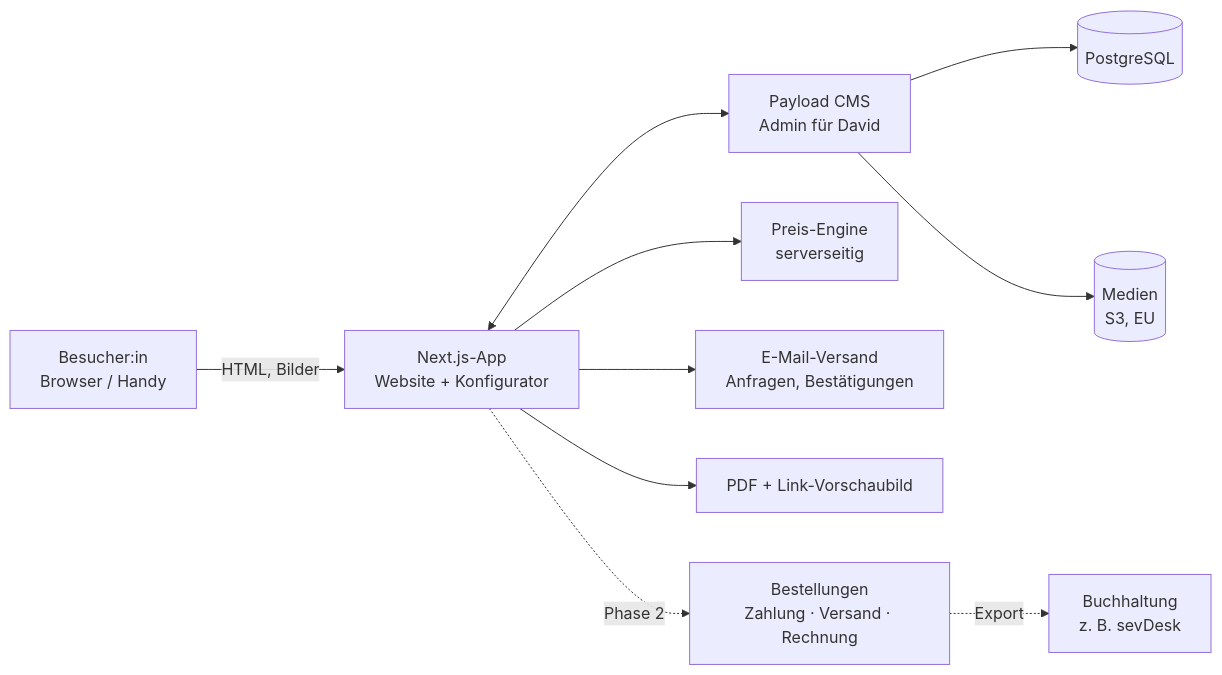
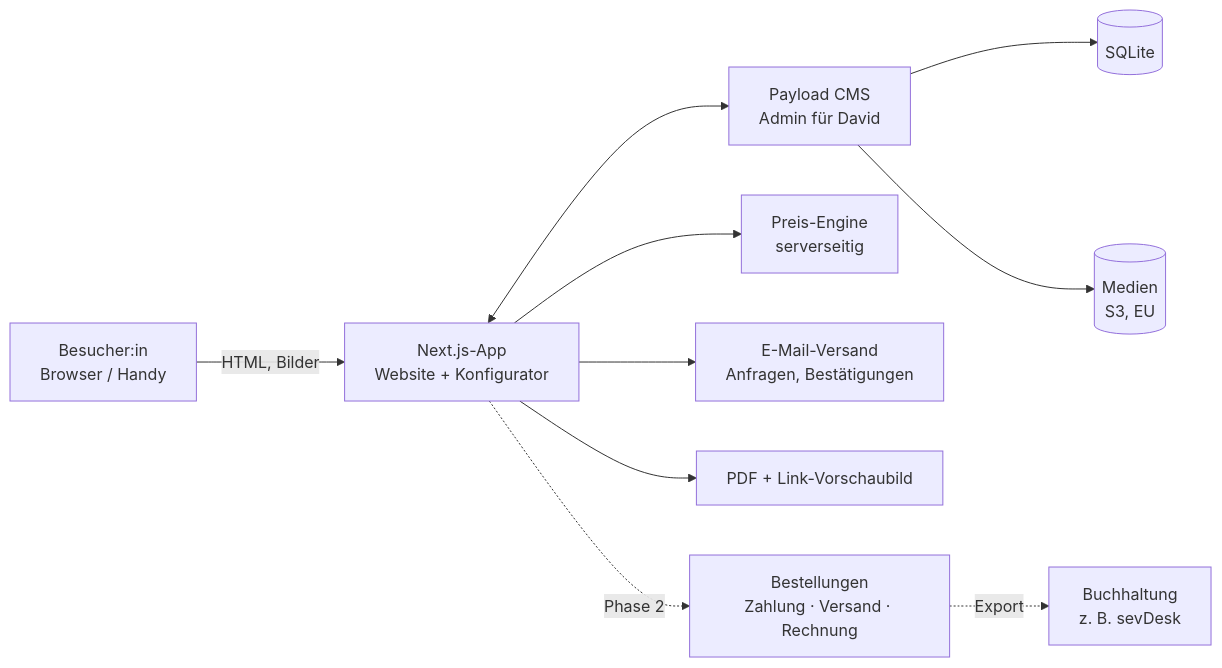
Before and after one commit to geckoflow/MTE: the diagram in docs/konzept/website-konzept.md, drawn with Mermaid. The commit also changed other lines of this file and 18 other files, not shown here.

First line of the commit message:
Datenbank von PostgreSQL auf lokale SQLite-Datei umgestellt

````diff
--- a/docs/konzept/website-konzept.md
+++ b/docs/konzept/website-konzept.md
@@ -416,12 +416,12 @@
 ```mermaid
 flowchart LR
   K[Besucher:in<br/>Browser / Handy] -->|HTML, Bilder| N[Next.js-App<br/>Website + Konfigurator]
   N <--> P[Payload CMS<br/>Admin für David]
-  P --> DB[(PostgreSQL)]
+  P --> DB[(SQLite)]
   P --> M[(Medien<br/>S3, EU)]
   N --> Q[Preis-Engine<br/>serverseitig]
   N --> E[E-Mail-Versand<br/>Anfragen, Bestätigungen]
   N --> PDF[PDF + Link-Vorschaubild]
   N -. Phase 2 .-> O[Bestellungen<br/>Zahlung · Versand · Rechnung]
   O -. Export .-> B[Buchhaltung<br/>z. B. sevDesk]
 ```
````
